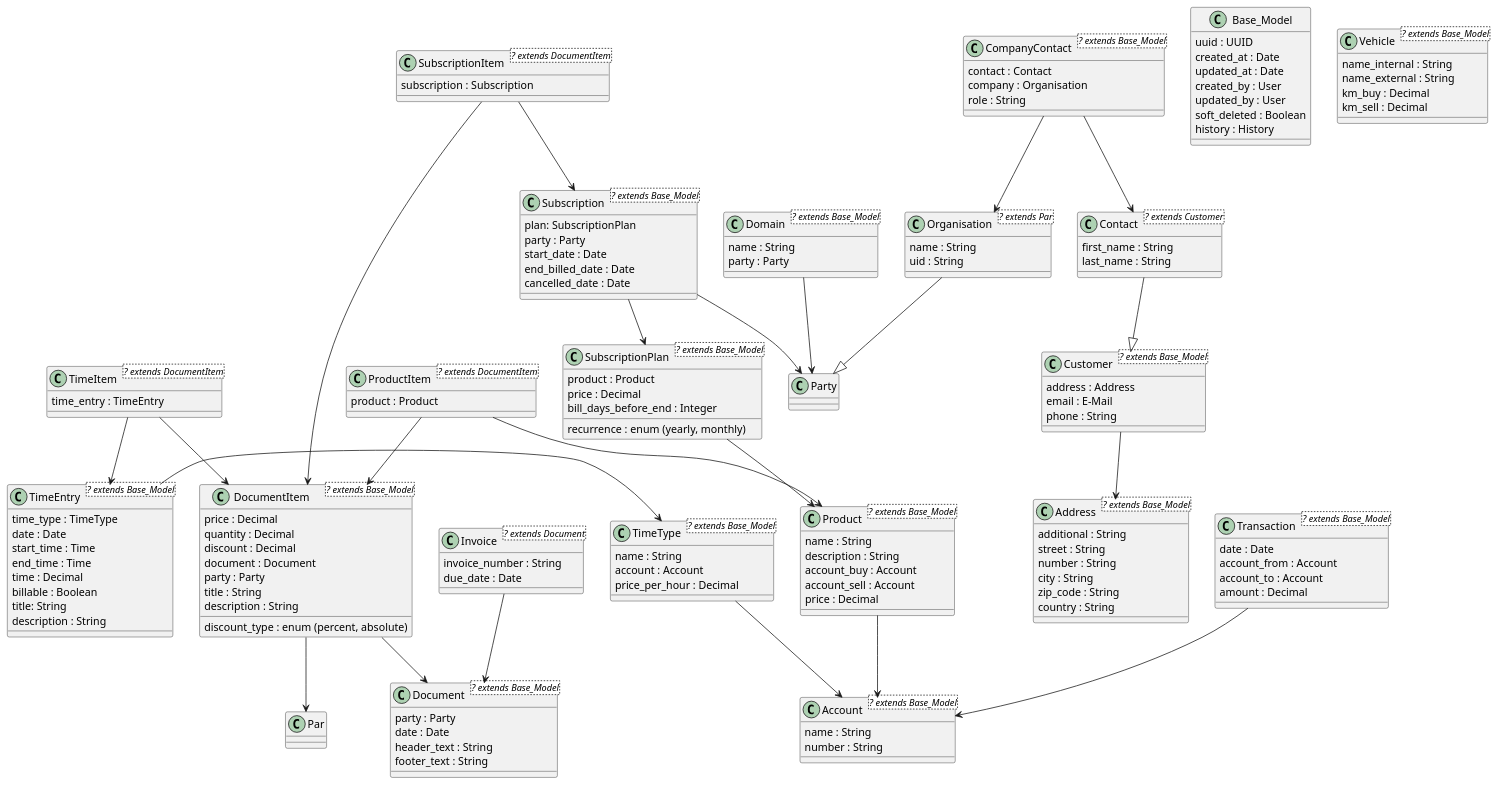
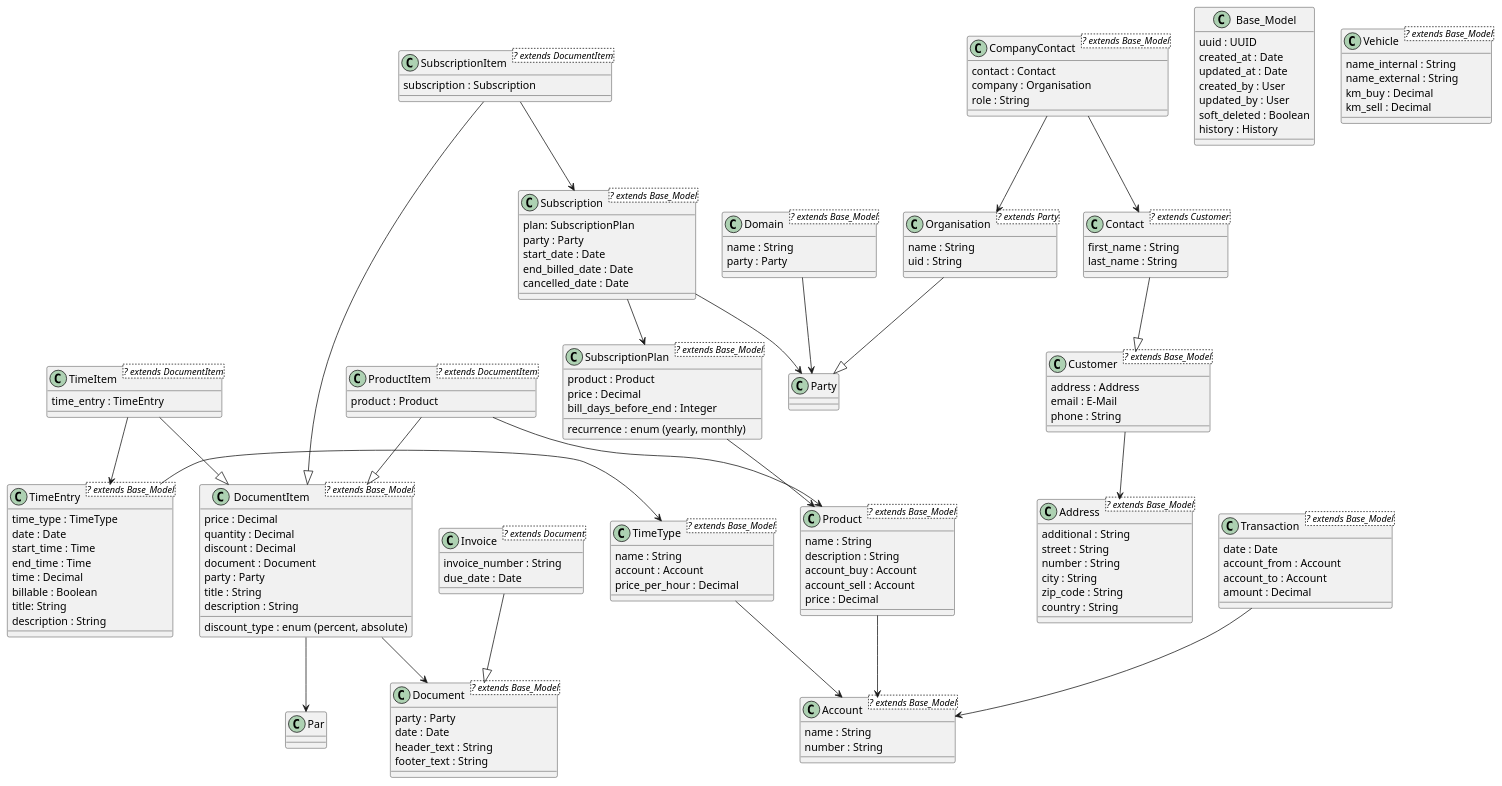
One commit to Buffet-IT-Services/CycleInvoice changed the diagram in docs/class_diagram_new.md. Above: the diagram before and after it, drawn with PlantUML. The commit also changed 1 other file, not shown here.

Commit message:
Apply suggestions from code review

```diff
--- a/docs/class_diagram_new.md
+++ b/docs/class_diagram_new.md
@@ -40,7 +40,7 @@
 history : History
 }
 
-class Organisation <? extends Par> {
+class Organisation <? extends Party> {
 name : String
 uid : String
 }
@@ -67,20 +67,20 @@
 class SubscriptionItem <? extends DocumentItem> {
 subscription : Subscription
 }
-SubscriptionItem --> DocumentItem
+SubscriptionItem --|> DocumentItem
 SubscriptionItem --> Subscription
 
 class ProductItem <? extends DocumentItem> {
 product : Product
 }
-ProductItem --> DocumentItem
+ProductItem --|> DocumentItem
 ProductItem --> Product
 
 class TimeItem <? extends DocumentItem> {
     time_entry : TimeEntry
 }
 TimeItem --> TimeEntry
-TimeItem --> DocumentItem
+TimeItem --|> DocumentItem
 
 class TimeEntry <? extends Base_Model> {
     time_type : TimeType
@@ -105,7 +105,7 @@
 invoice_number : String
 due_date : Date
 }
-Invoice --> Document
+Invoice --|> Document
 
 class Domain <? extends Base_Model> {
 name : String
```
